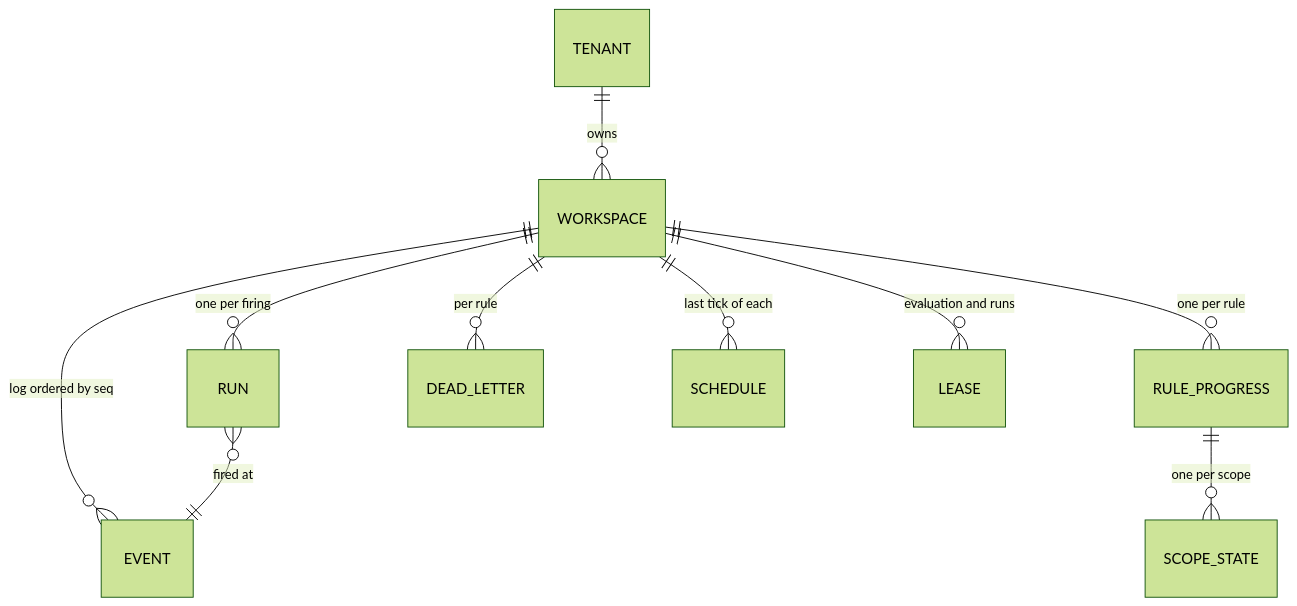
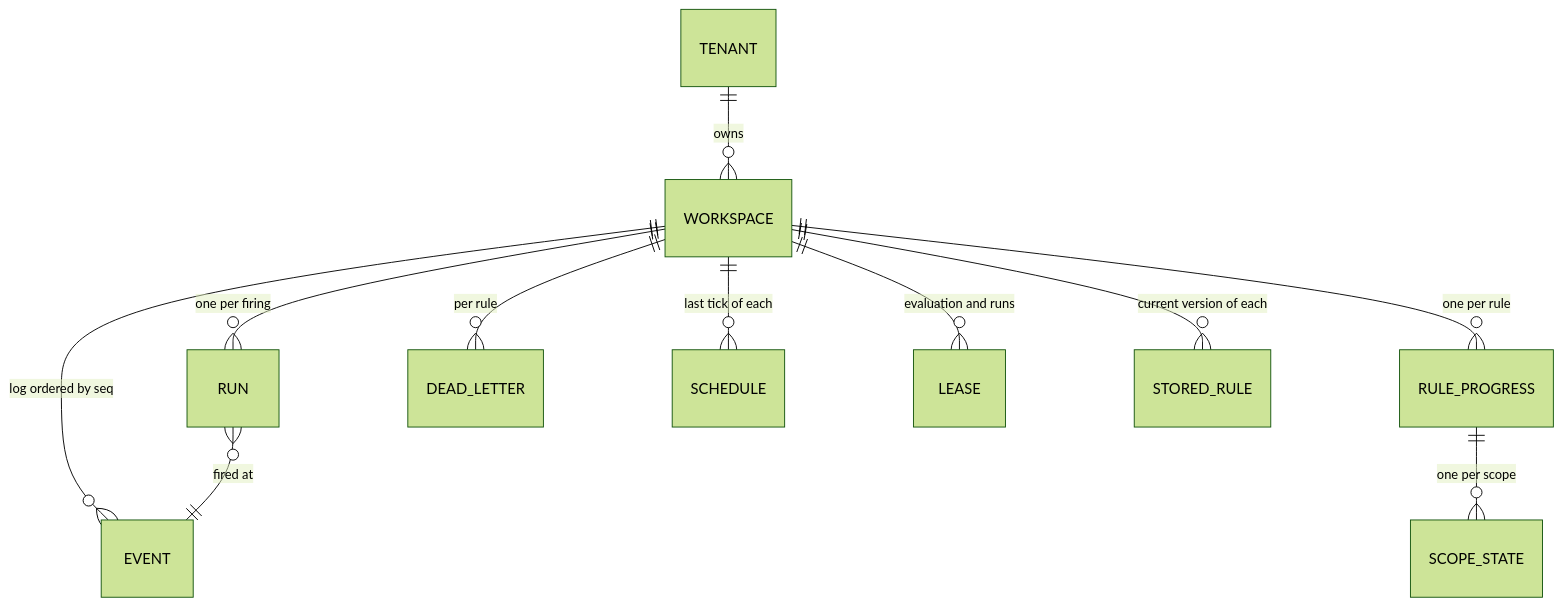
The fourth of 4 diagrams in packages/reflexr/docs/architecture.md (alexnodeland/lattice), drawn with Mermaid (forest theme) before and after one commit. The commit also changed other lines of this file and 12 other files, not shown here.

````diff
--- a/packages/reflexr/docs/architecture.md
+++ b/packages/reflexr/docs/architecture.md
@@ -461,12 +461,13 @@
 ```mermaid
 erDiagram
     TENANT ||--o{ WORKSPACE : owns
     WORKSPACE ||--o{ EVENT : "log ordered by seq"
     WORKSPACE ||--o{ RULE_PROGRESS : "one per rule"
     RULE_PROGRESS ||--o{ SCOPE_STATE : "one per scope"
     WORKSPACE ||--o{ RUN : "one per firing"
     RUN }o--|| EVENT : "fired at"
     WORKSPACE ||--o{ DEAD_LETTER : "per rule"
     WORKSPACE ||--o{ SCHEDULE : "last tick of each"
     WORKSPACE ||--o{ LEASE : "evaluation and runs"
+    WORKSPACE ||--o{ STORED_RULE : "current version of each"
 ```
````
